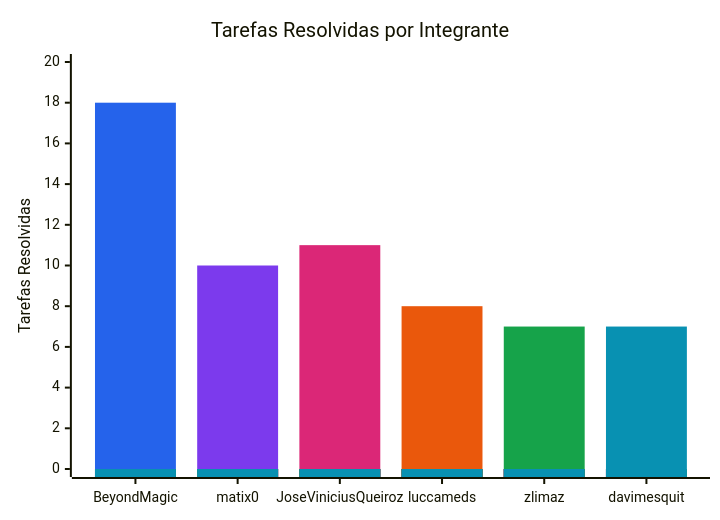
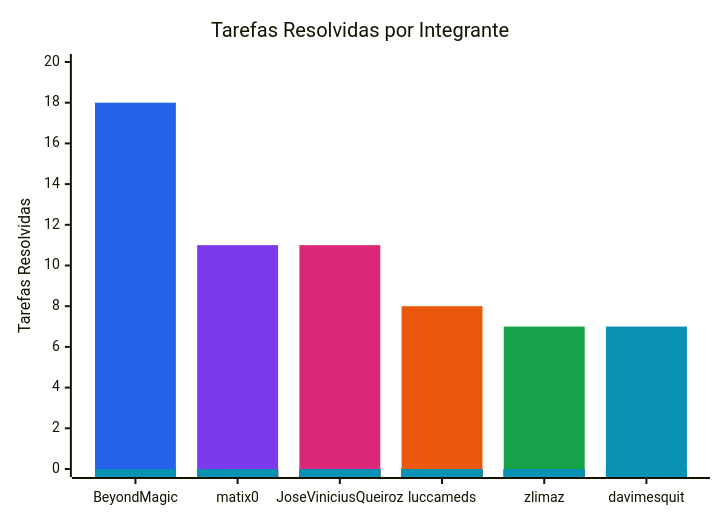
Before and after one commit to FCTE-Qualidade-de-Software-1/2026-2_T02_FRANS_BILAS: the diagram in documentation/snippets/management/resolved-issues.mmd, drawn with Mermaid. The commit also changed 6 other files, not shown here.

```diff
--- a/documentation/snippets/management/resolved-issues.mmd
+++ b/documentation/snippets/management/resolved-issues.mmd
@@ -1,11 +1,11 @@
 %%{init: {"themeVariables": {"xyChart": {"plotColorPalette": "#2563eb, #7c3aed, #db2777, #ea580c, #16a34a, #0891b2"}}}}%%
 xychart-beta
     title "Tarefas Resolvidas por Integrante"
     x-axis ["BeyondMagic", "matix0", "JoseViniciusQueiroz", "luccameds", "zlimaz", "davimesquit"]
     y-axis "Tarefas Resolvidas" 0 --> 20
     bar [18, 0, 0, 0, 0, 0]
-    bar [0, 10, 0, 0, 0, 0]
+    bar [0, 11, 0, 0, 0, 0]
     bar [0, 0, 11, 0, 0, 0]
     bar [0, 0, 0, 8, 0, 0]
     bar [0, 0, 0, 0, 7, 0]
     bar [0, 0, 0, 0, 0, 7]
```
